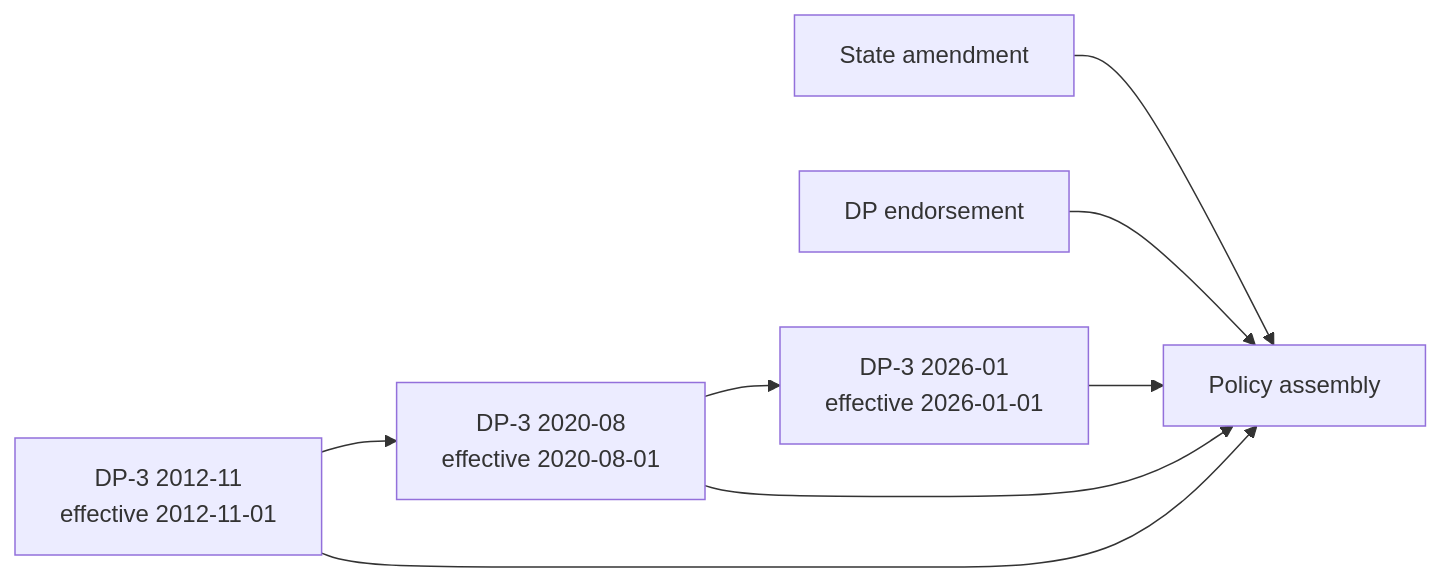
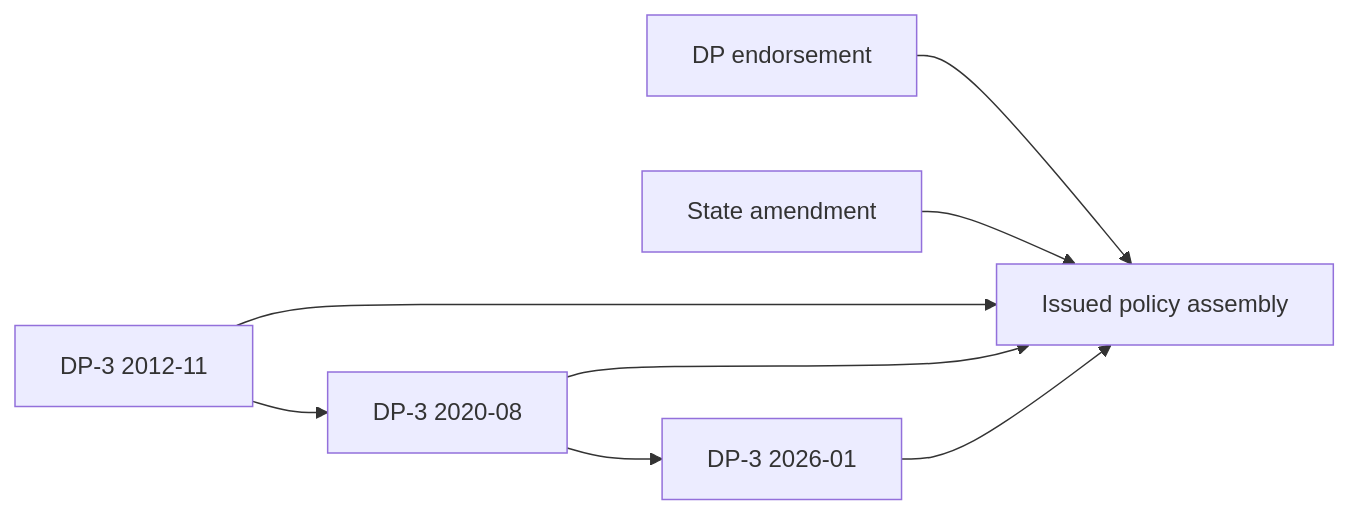
The first of 2 diagrams in openwiki/coverage/forms/dp-3.md (eugeneliu-86/openwiki-insurance-corpus), drawn with Mermaid before and after one commit. The commit also changed other lines of this file and 107 other files, not shown here.

````diff
--- a/openwiki/coverage/forms/dp-3.md
+++ b/openwiki/coverage/forms/dp-3.md
@@ -32,10 +36,10 @@
 ```mermaid
 flowchart LR
-  old["DP-3 2012-11\neffective 2012-11-01"] --> mid["DP-3 2020-08\neffective 2020-08-01"]
-  mid --> current["DP-3 2026-01\neffective 2026-01-01"]
-  overlay["State amendment"] --> assembled["Policy assembly"]
-  endorsement["DP endorsement"] --> assembled
-  current --> assembled
-  mid --> assembled
-  old --> assembled
+  old["DP-3 2012-11"] --> mid["DP-3 2020-08"]
+  mid --> current["DP-3 2026-01"]
+  endorsement["DP endorsement"] --> assembly["Issued policy assembly"]
+  overlay["State amendment"] --> assembly
+  old --> assembly
+  mid --> assembly
+  current --> assembly
 ```
````
